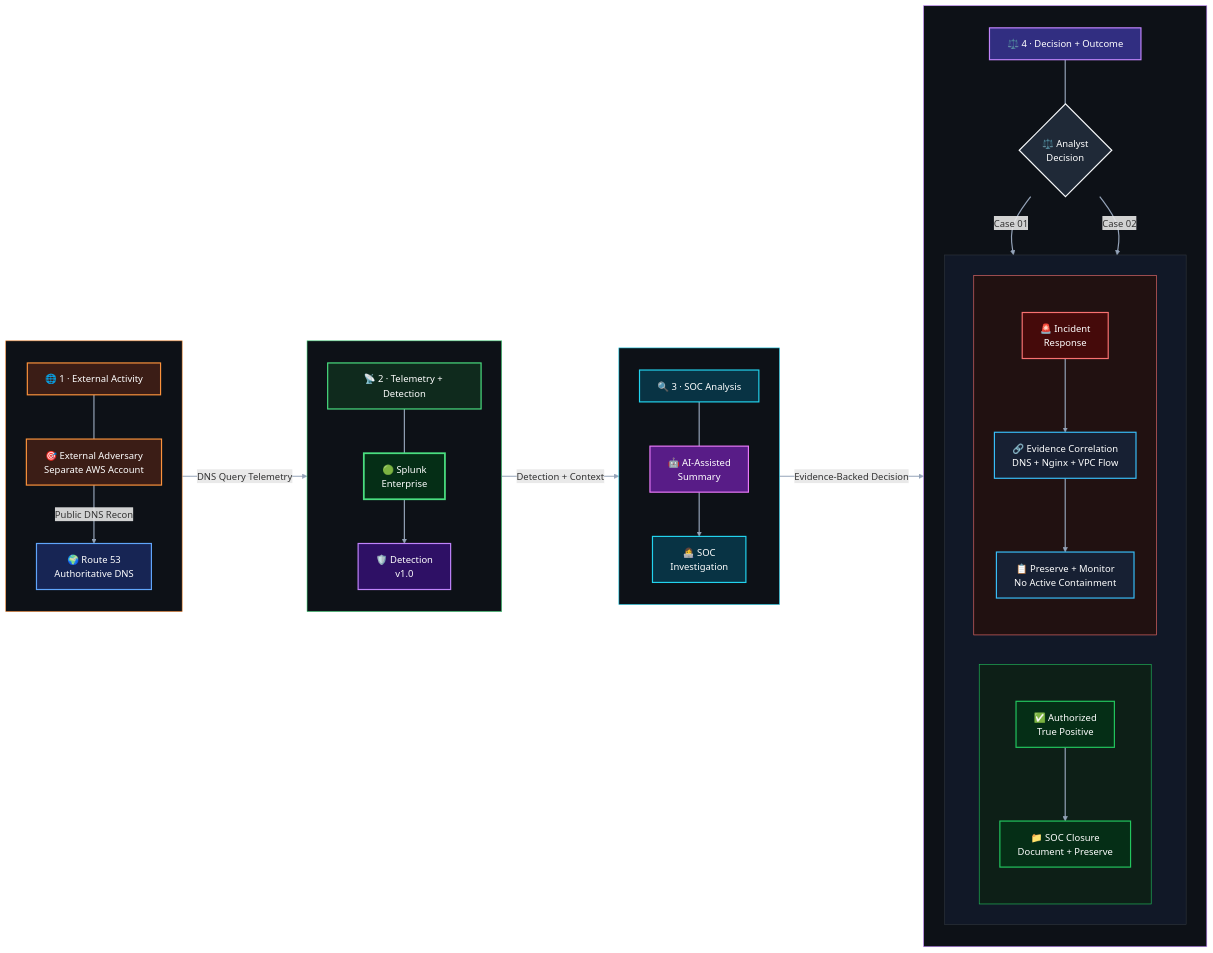
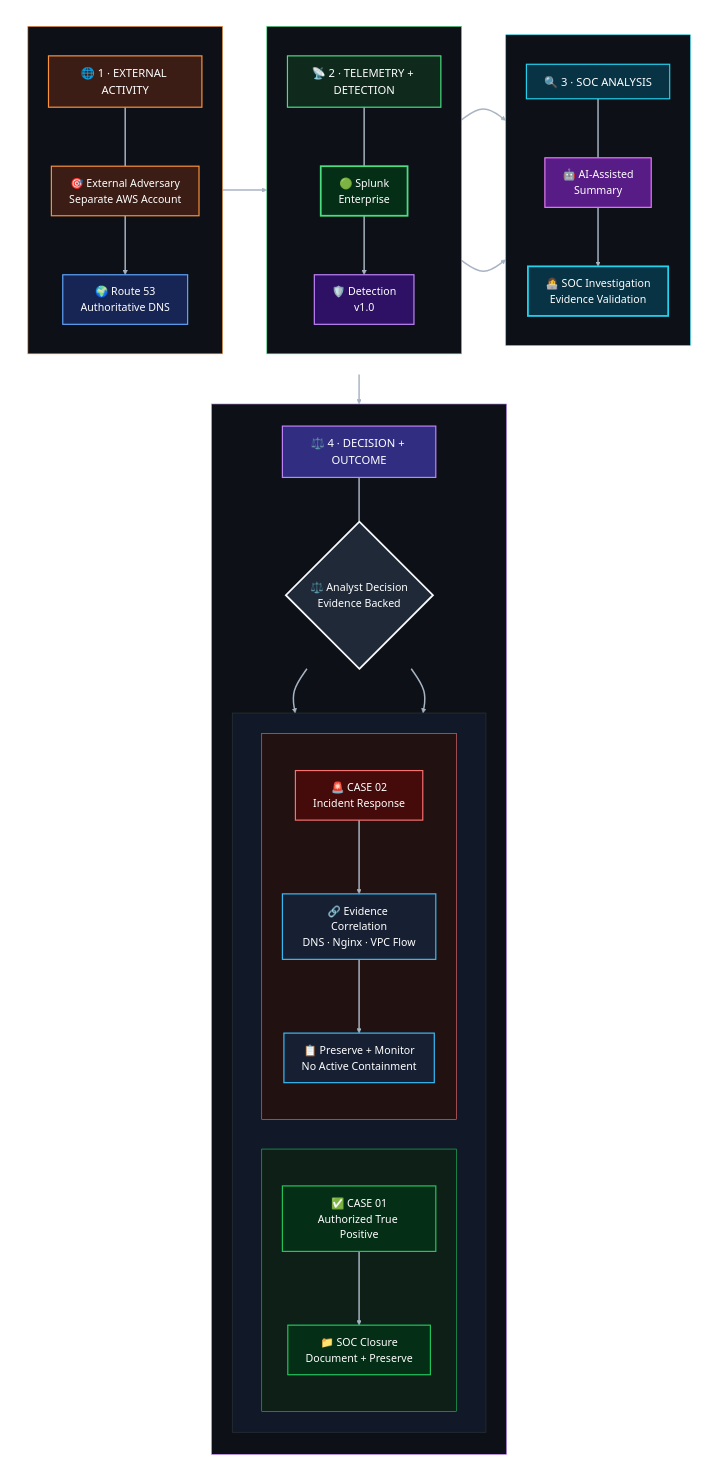
The first of 2 diagrams in README.md (DNSentinel-Lab/Scenario-01-DNS-Recon), drawn with Mermaid before and after one commit.

````diff
--- a/README.md
+++ b/README.md
@@ -53,52 +53,72 @@
 ```mermaid
-flowchart LR
+flowchart TB
 
     %% =====================================================
-    %% 1 — EXTERNAL ACTIVITY
+    %% TOP ROW — OBSERVE → DETECT → INVESTIGATE
     %% =====================================================
-    subgraph EXT[" "]
-        direction TB
+    subgraph TOP[" "]
+        direction LR
 
-        EH["🌐 1 · External Activity"]
 
-        ADV["🎯 External Adversary<br/>Separate AWS Account"]
-        R53["🌍 Route 53<br/>Authoritative DNS"]
+        %% -------------------------------------------------
+        %% 1 — EXTERNAL ACTIVITY
+        %% -------------------------------------------------
+        subgraph EXT[" "]
+            direction TB
 
-        EH ~~~ ADV
-        ADV -->|"Public DNS Recon"| R53
+            EH["🌐 1 · EXTERNAL ACTIVITY"]
+
+            ADV["🎯 External Adversary<br/>Separate AWS Account"]
+
+            R53["🌍 Route 53<br/>Authoritative DNS"]
+
+            EH ~~~ ADV
+            ADV --> R53
+        end
+
+
+        %% -------------------------------------------------
+        %% 2 — TELEMETRY + DETECTION
+        %% -------------------------------------------------
+        subgraph DETECT[" "]
+            direction TB
+
+            TH["📡 2 · TELEMETRY + DETECTION"]
+
+            SPL["🟢 Splunk<br/>Enterprise"]
+
+            DET["🛡️ Detection<br/>v1.0"]
+
+            TH ~~~ SPL
+            SPL --> DET
+        end
+
+
+        %% -------------------------------------------------
+        %% 3 — SOC ANALYSIS
+        %% -------------------------------------------------
+        subgraph ANALYZE[" "]
+            direction TB
+
+            AH["🔍 3 · SOC ANALYSIS"]
+
+            AI["🤖 AI-Assisted<br/>Summary"]
+
+            SOC["👩‍💻 SOC Investigation<br/>Evidence Validation"]
+
+            AH ~~~ AI
+            AI --> SOC
+        end
     end
 
 
     %% =====================================================
-    %% 2 — TELEMETRY + DETECTION
+    %% MAIN TOP-ROW FLOW
+    %% No long grey edge labels
     %% =====================================================
-    subgraph DETECT[" "]
-        direction TB
-
-        TH["📡 2 · Telemetry + Detection"]
-
-        SPL["🟢 Splunk<br/>Enterprise"]
-        DET["🛡️ Detection<br/>v1.0"]
-
-        TH ~~~ SPL
-        SPL --> DET
-    end
-
-
-    %% =====================================================
-    %% 3 — SOC ANALYSIS
-    %% =====================================================
-    subgraph ANALYZE[" "]
-        direction TB
-
-        AH["🔍 3 · SOC Analysis"]
-
-        AI["🤖 AI-Assisted<br/>Summary"]
-        SOC["👩‍💻 SOC<br/>Investigation"]
-
-        AH ~~~ AI
-        AI --> SOC
-    end
+    R53 --> SPL
+    DET --> AI
+    DET --> SOC
 
 
     %% =====================================================
@@ -107,23 +127,25 @@
     subgraph OUTCOME[" "]
         direction TB
 
-        OH["⚖️ 4 · Decision + Outcome"]
+        OH["⚖️ 4 · DECISION + OUTCOME"]
 
-        DEC{"⚖️ Analyst<br/>Decision"}
+        DEC{"⚖️ Analyst Decision<br/>Evidence Backed"}
 
         OH ~~~ DEC
 
 
-        %% -----------------------------------------
-        %% TWO CASE PATHS
-        %% -----------------------------------------
+        %% -------------------------------------------------
+        %% TWO OUTCOMES
+        %% -------------------------------------------------
         subgraph CASES[" "]
             direction LR
 
+
+            %% CASE 01
             subgraph CASE1[" "]
                 direction TB
 
-                AUTH["✅ Authorized<br/>True Positive"]
+                AUTH["✅ CASE 01<br/>Authorized True Positive"]
 
                 CLOSE["📁 SOC Closure<br/>Document + Preserve"]
 
@@ -131,12 +153,13 @@
             end
 
 
+            %% CASE 02
             subgraph CASE2[" "]
                 direction TB
 
-                IR["🚨 Incident<br/>Response"]
+                IR["🚨 CASE 02<br/>Incident Response"]
 
-                CORR["🔗 Evidence Correlation<br/>DNS + Nginx + VPC Flow"]
+                CORR["🔗 Evidence Correlation<br/>DNS · Nginx · VPC Flow"]
 
                 FINAL["📋 Preserve + Monitor<br/>No Active Containment"]
 
@@ -144,30 +167,24 @@
             end
         end
 
-        DEC -->|"Case 01"| CASE1
-        DEC -->|"Case 02"| CASE2
+        DEC --> AUTH
+        DEC --> IR
     end
 
 
     %% =====================================================
-    %% STAGE-TO-STAGE FLOW
-    %% Group connections preserve internal layouts
-    %% and avoid heading collisions.
+    %% SOC → HUMAN DECISION
     %% =====================================================
-    EXT -->|"DNS Query Telemetry"| DETECT
-
-    DETECT -->|"Detection + Context"| ANALYZE
-
-    ANALYZE -->|"Evidence-Backed Decision"| OUTCOME
+    SOC --> DEC
 
 
     %% =====================================================
     %% HEADER STYLES
     %% =====================================================
-    classDef extHeader fill:#3b1d16,stroke:#fb923c,stroke-width:2px,color:#ffffff,font-size:16px;
-    classDef detectHeader fill:#0f2a1d,stroke:#4ade80,stroke-width:2px,color:#ffffff,font-size:16px;
-    classDef analysisHeader fill:#083344,stroke:#22d3ee,stroke-width:2px,color:#ffffff,font-size:16px;
-    classDef outcomeHeader fill:#312e81,stroke:#c084fc,stroke-width:2px,color:#ffffff,font-size:16px;
+    classDef extHeader fill:#3b1d16,stroke:#fb923c,stroke-width:2px,color:#ffffff,font-size:19px;
+    classDef detectHeader fill:#0f2a1d,stroke:#4ade80,stroke-width:2px,color:#ffffff,font-size:19px;
+    classDef analysisHeader fill:#083344,stroke:#22d3ee,stroke-width:2px,color:#ffffff,font-size:19px;
+    classDef outcomeHeader fill:#312e81,stroke:#c084fc,stroke-width:2px,color:#ffffff,font-size:19px;
 
     class EH extHeader;
     class TH detectHeader;
@@ -178,21 +195,25 @@
     %% =====================================================
     %% NODE STYLES
     %% =====================================================
-    classDef external fill:#3b1d16,stroke:#fb923c,stroke-width:2px,color:#ffffff,font-size:16px;
-    classDef dns fill:#172554,stroke:#60a5fa,stroke-width:2px,color:#ffffff,font-size:16px;
+    classDef external fill:#3b1d16,stroke:#fb923c,stroke-width:2px,color:#ffffff,font-size:18px;
+    classDef dns fill:#172554,stroke:#60a5fa,stroke-width:2px,color:#ffffff,font-size:18px;
 
-    classDef splunk fill:#052e16,stroke:#4ade80,stroke-width:3px,color:#ffffff,font-size:16px;
-    classDef detection fill:#2e1065,stroke:#c084fc,stroke-width:2px,color:#ffffff,font-size:16px;
+    classDef splunk fill:#052e16,stroke:#4ade80,stroke-width:3px,color:#ffffff,font-size:18px;
+    classDef detection fill:#2e1065,stroke:#c084fc,stroke-width:2px,color:#ffffff,font-size:18px;
 
-    classDef ai fill:#581c87,stroke:#e879f9,stroke-width:2px,color:#ffffff,font-size:16px;
-    classDef analyst fill:#083344,stroke:#22d3ee,stroke-width:2px,color:#ffffff,font-size:16px;
+    classDef ai fill:#581c87,stroke:#e879f9,stroke-width:2px,color:#ffffff,font-size:18px;
+    classDef analyst fill:#083344,stroke:#22d3ee,stroke-width:3px,color:#ffffff,font-size:18px;
 
-    classDef decision fill:#1f2937,stroke:#f8fafc,stroke-width:2px,color:#ffffff,font-size:16px;
+    classDef decision fill:#1f2937,stroke:#f8fafc,stroke-width:3px,color:#ffffff,font-size:18px;
 
-    classDef benign fill:#052e16,stroke:#22c55e,stroke-width:2px,color:#ffffff,font-size:16px;
-    classDef incident fill:#450a0a,stroke:#f87171,stroke-width:2px,color:#ffffff,font-size:16px;
-    classDef evidence fill:#172033,stroke:#38bdf8,stroke-width:2px,color:#ffffff,font-size:16px;
+    classDef benign fill:#052e16,stroke:#22c55e,stroke-width:2px,color:#ffffff,font-size:18px;
+    classDef incident fill:#450a0a,stroke:#f87171,stroke-width:2px,color:#ffffff,font-size:18px;
+    classDef evidence fill:#172033,stroke:#38bdf8,stroke-width:2px,color:#ffffff,font-size:18px;
 
+
+    %% =====================================================
+    %% APPLY NODE CLASSES
+    %% =====================================================
     class ADV external;
     class R53 dns;
 
@@ -212,9 +233,12 @@
     %% =====================================================
     %% CONTAINER STYLES
     %% =====================================================
+    style TOP fill:none,stroke:none
+
     style EXT fill:#0d1117,stroke:#fb923c,stroke-width:1px
     style DETECT fill:#0d1117,stroke:#4ade80,stroke-width:1px
     style ANALYZE fill:#0d1117,stroke:#22d3ee,stroke-width:1px
+
     style OUTCOME fill:#0d1117,stroke:#c084fc,stroke-width:1px
 
     style CASES fill:#111827,stroke:#30363d,stroke-width:1px
@@ -225,5 +249,5 @@
     %% =====================================================
     %% EDGE STYLE
     %% =====================================================
-    linkStyle default stroke:#94a3b8,stroke-width:2px
+    linkStyle default stroke:#a8b3c2,stroke-width:2.5px
 ```
````
